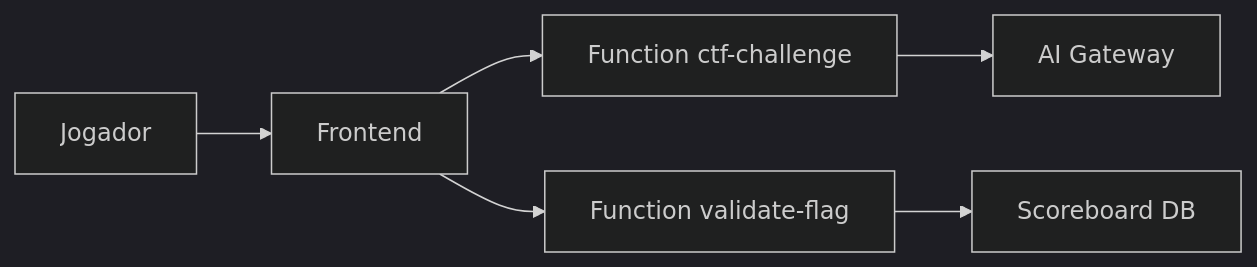
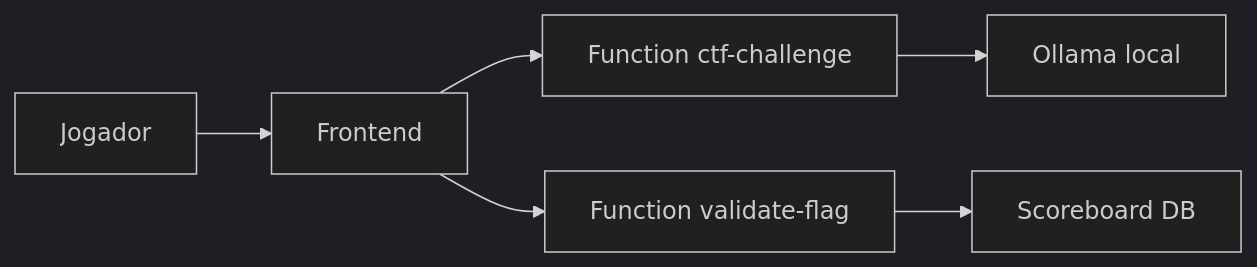
Before and after one commit to vespas-utfpr/ainjection: the diagram in ainjection-threat-model.md, drawn with Mermaid (dark theme). The commit also changed other lines of this file and 5 other files, not shown here.

````diff
--- a/ainjection-threat-model.md
+++ b/ainjection-threat-model.md
@@ -53,8 +53,8 @@
 ```mermaid
 flowchart LR
   U["Jogador"] --> FE["Frontend"]
   FE --> CTF["Function ctf-challenge"]
-  CTF --> AI["AI Gateway"]
+  CTF --> AI["Ollama local"]
   FE --> VAL["Function validate-flag"]
   VAL --> DB["Scoreboard DB"]
 ```
````
